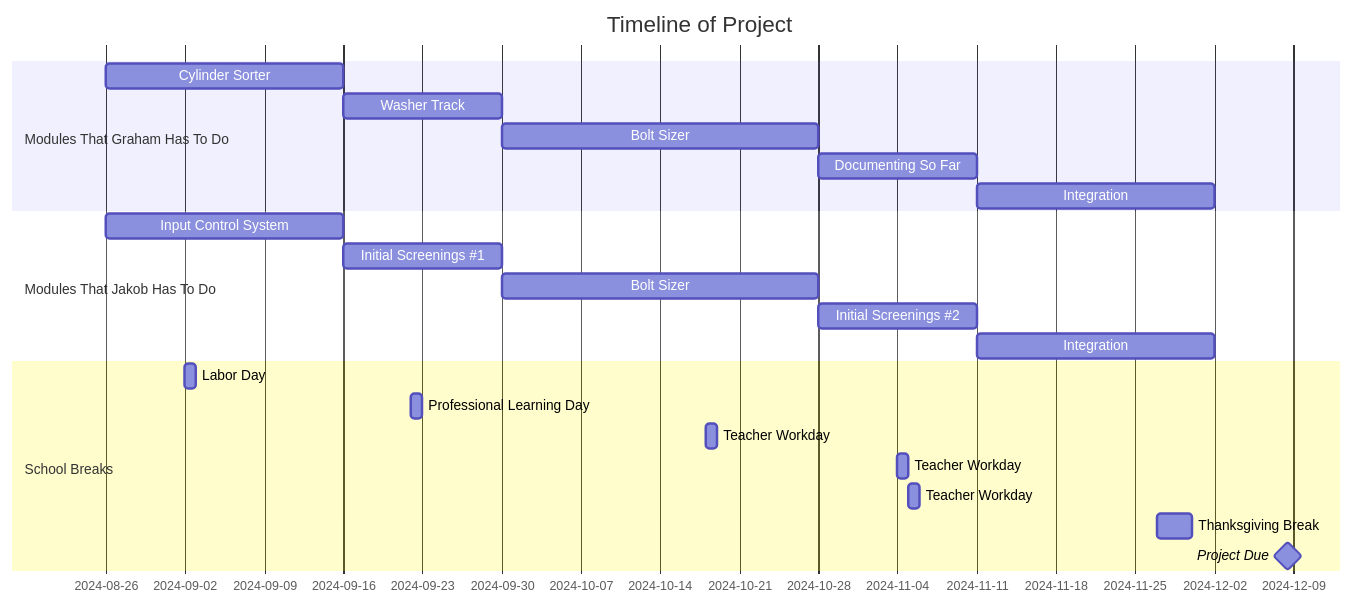
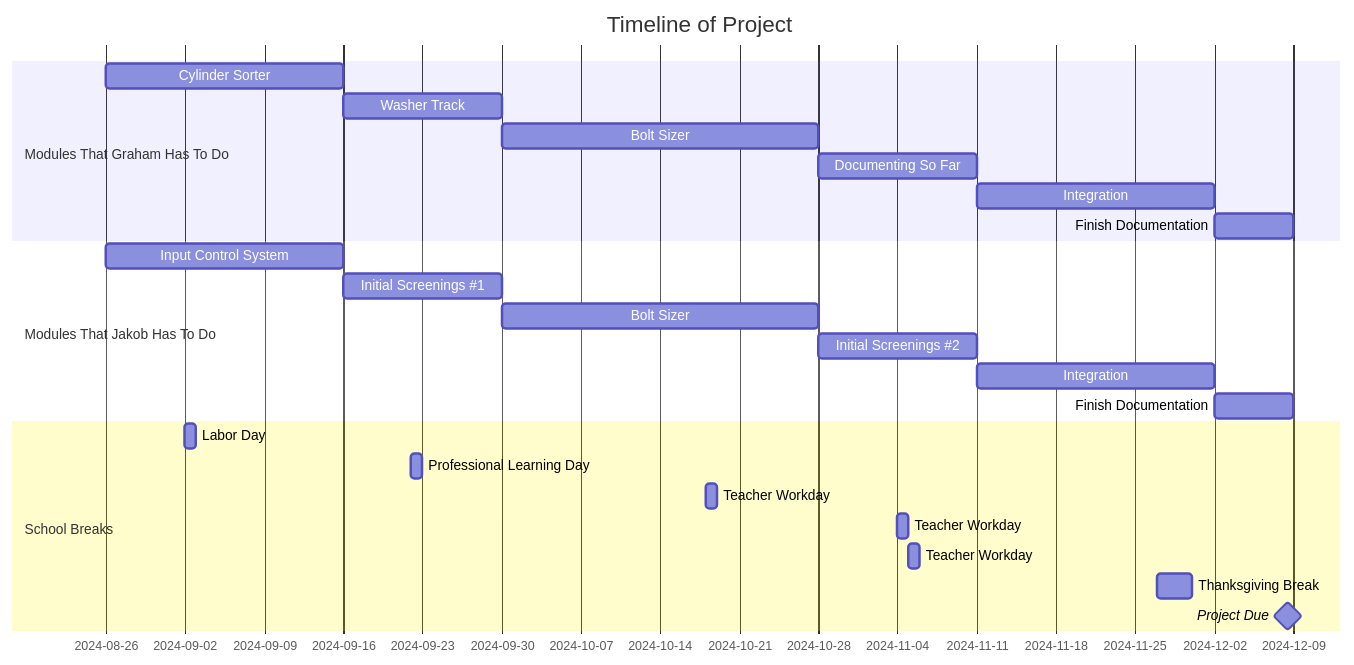
The second of 2 diagrams in README.md (VeganPorkChop/ThreadedItemsTransferSystem), drawn with Mermaid before and after one commit.

````diff
--- a/README.md
+++ b/README.md
@@ -63,33 +63,35 @@
 ```mermaid
 
 gantt
     tickInterval 1week
     weekday monday
     dateFormat  YYYY-MM-DD
     title       Timeline of Project
 
     section Modules That Graham Has To Do
     Cylinder Sorter : 2024-8-26, 3w
     Washer Track : 2024-9-16, 2w
     Bolt Sizer : 2024-9-30, 4w
     Documenting So Far : 2024-10-28, 2w
     Integration : 2024-11-11, 3w
+    Finish Documentation : 2024-12-2, 1w
 
     section Modules That Jakob Has To Do
     Input Control System : 2024-8-26, 3w
     Initial Screenings #1 : 2024-9-16, 2w
     Bolt Sizer : 2024-9-30, 4w
     Initial Screenings #2 : 2024-10-28, 2w
     Integration : 2024-11-11, 3w
+    Finish Documentation : 2024-12-2, 1w
 
     section School Breaks 
     Labor Day : 2024-09-02, 1d
     Professional Learning Day : 2024-09-22, 1d
     Teacher Workday : 2024-10-18, 1d
     Teacher Workday : 2024-11-4, 1d
     Teacher Workday : 2024-11-5, 1d
     Thanksgiving Break : 2024-11-27, 3d
 
     Project Due : milestone, 2024-12-08, 1d
     
 ```
````
